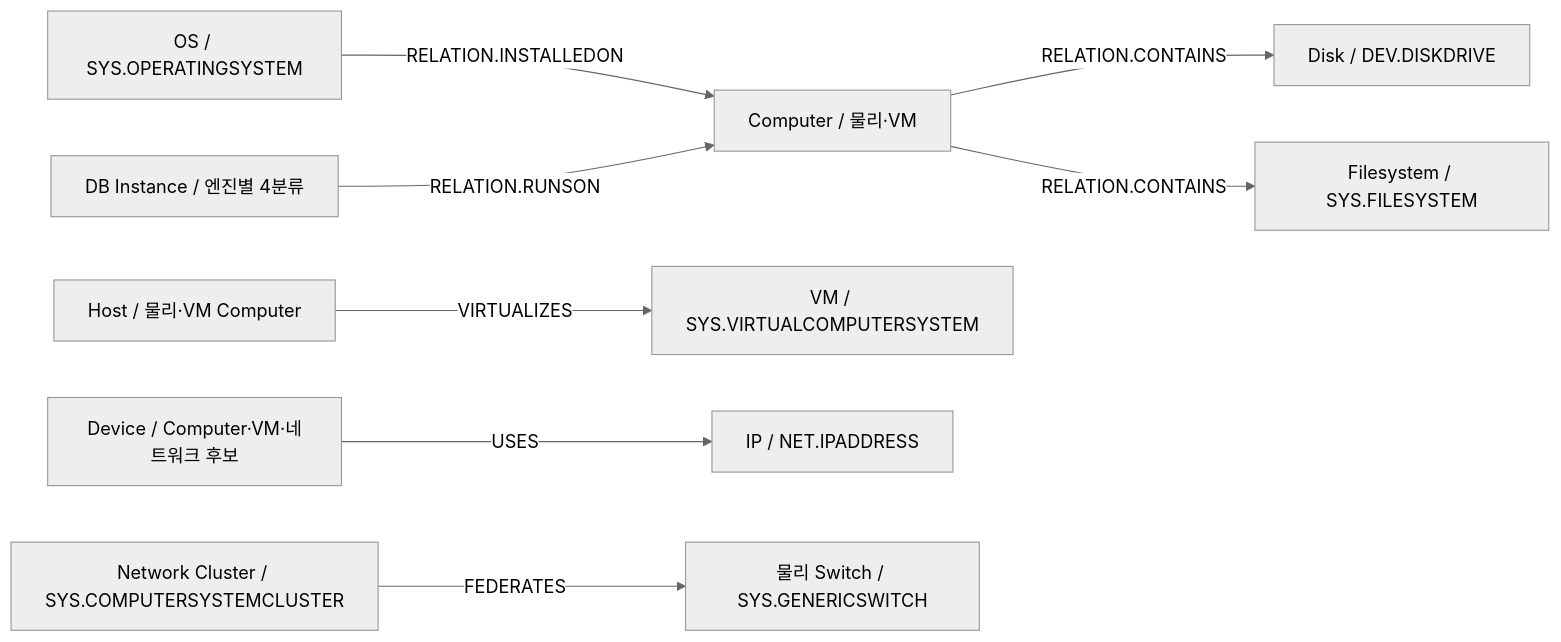
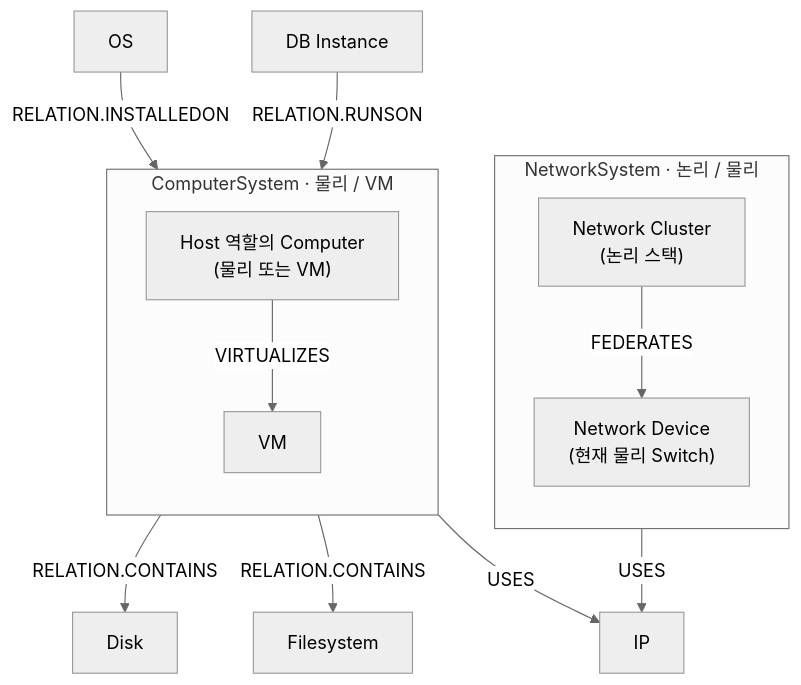
Before and after one commit to ka-MS/discovery-interface: the diagram in docs/data-analysis/data-mapping/ci/relations.md, drawn with Mermaid (neutral theme). The commit also changed other lines of this file and 2 other files, not shown here.

Commit message:
docs: 영역별 CI 관계도를 매핑 명세로 일원화

````diff
--- a/docs/data-analysis/data-mapping/ci/relations.md
+++ b/docs/data-analysis/data-mapping/ci/relations.md
@@ -13,10 +13,21 @@
 ```mermaid
-flowchart LR
-    OS["OS / SYS.OPERATINGSYSTEM"] -->|"RELATION.INSTALLEDON"| C["Computer / 물리·VM"]
-    C -->|"RELATION.CONTAINS"| D["Disk / DEV.DISKDRIVE"]
-    C -->|"RELATION.CONTAINS"| F["Filesystem / SYS.FILESYSTEM"]
-    H["Host / 물리·VM Computer"] -->|"VIRTUALIZES"| VM["VM / SYS.VIRTUALCOMPUTERSYSTEM"]
-    DB["DB Instance / 엔진별 4분류"] -->|"RELATION.RUNSON"| C
-    DEV["Device / Computer·VM·네트워크 후보"] -->|"USES"| IP["IP / NET.IPADDRESS"]
-    NC["Network Cluster / SYS.COMPUTERSYSTEMCLUSTER"] -->|"FEDERATES"| SW["물리 Switch / SYS.GENERICSWITCH"]
+flowchart TB
+    subgraph C["ComputerSystem · 물리 / VM"]
+        direction TB
+        H["Host 역할의 Computer<br/>(물리 또는 VM)"]
+        VM["VM"]
+        H -->|"VIRTUALIZES"| VM
+    end
+
+    OS["OS"] -->|"RELATION.INSTALLEDON"| C
+    DB["DB Instance"] -->|"RELATION.RUNSON"| C
+    C -->|"RELATION.CONTAINS"| D["Disk"]
+    C -->|"RELATION.CONTAINS"| F["Filesystem"]
+    C -->|"USES"| IP["IP"]
+
+    subgraph N["NetworkSystem · 논리 / 물리"]
+        direction TB
+        NC["Network Cluster<br/>(논리 스택)"] -->|"FEDERATES"| ND["Network Device<br/>(현재 물리 Switch)"]
+    end
+    N -->|"USES"| IP
 ```
````
